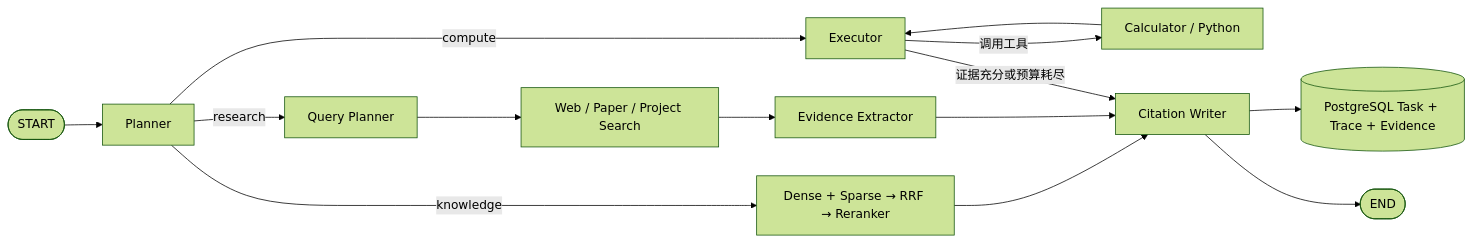
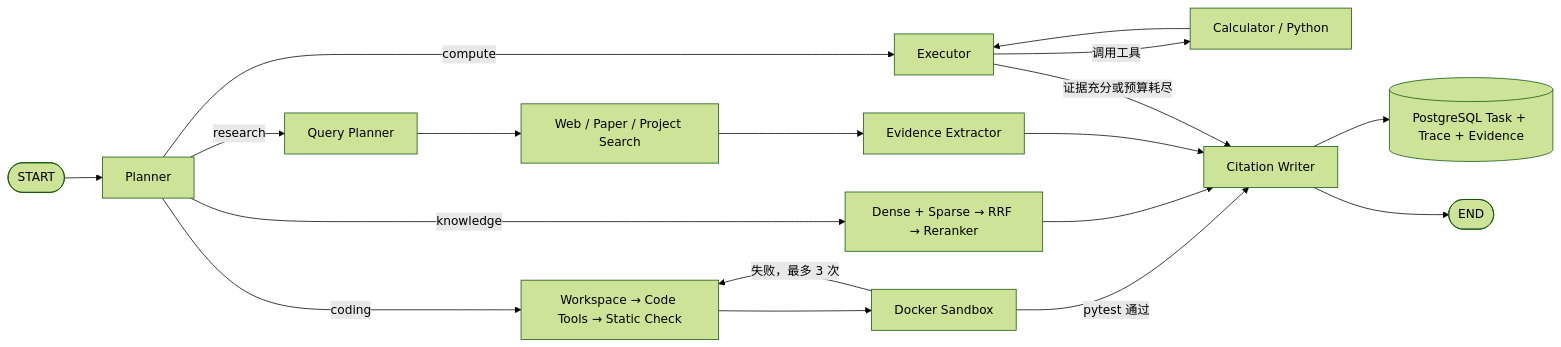
Before and after one commit to windskyther/AutoScholar: the diagram in README.md, drawn with Mermaid (forest theme). The commit also changed other lines of this file, not shown here.

````diff
--- a/README.md
+++ b/README.md
@@ -31,16 +35,20 @@
 ```mermaid
 flowchart LR
     S([START]) --> P[Planner]
     P -->|compute| E[Executor]
     E -->|调用工具| T[Calculator / Python]
     T --> E
     P -->|research| Q[Query Planner]
     Q --> R[Web / Paper / Project Search]
     R --> V[Evidence Extractor]
     P -->|knowledge| K[Dense + Sparse → RRF → Reranker]
+    P -->|coding| C[Workspace → Code Tools → Static Check]
+    C --> D[Docker Sandbox]
+    D -->|失败，最多 3 次| C
+    D -->|pytest 通过| W
     K --> W
     V --> W[Citation Writer]
     E -->|证据充分或预算耗尽| W
     W --> X[(PostgreSQL Task + Trace + Evidence)]
     W --> F([END])
 ```
````
